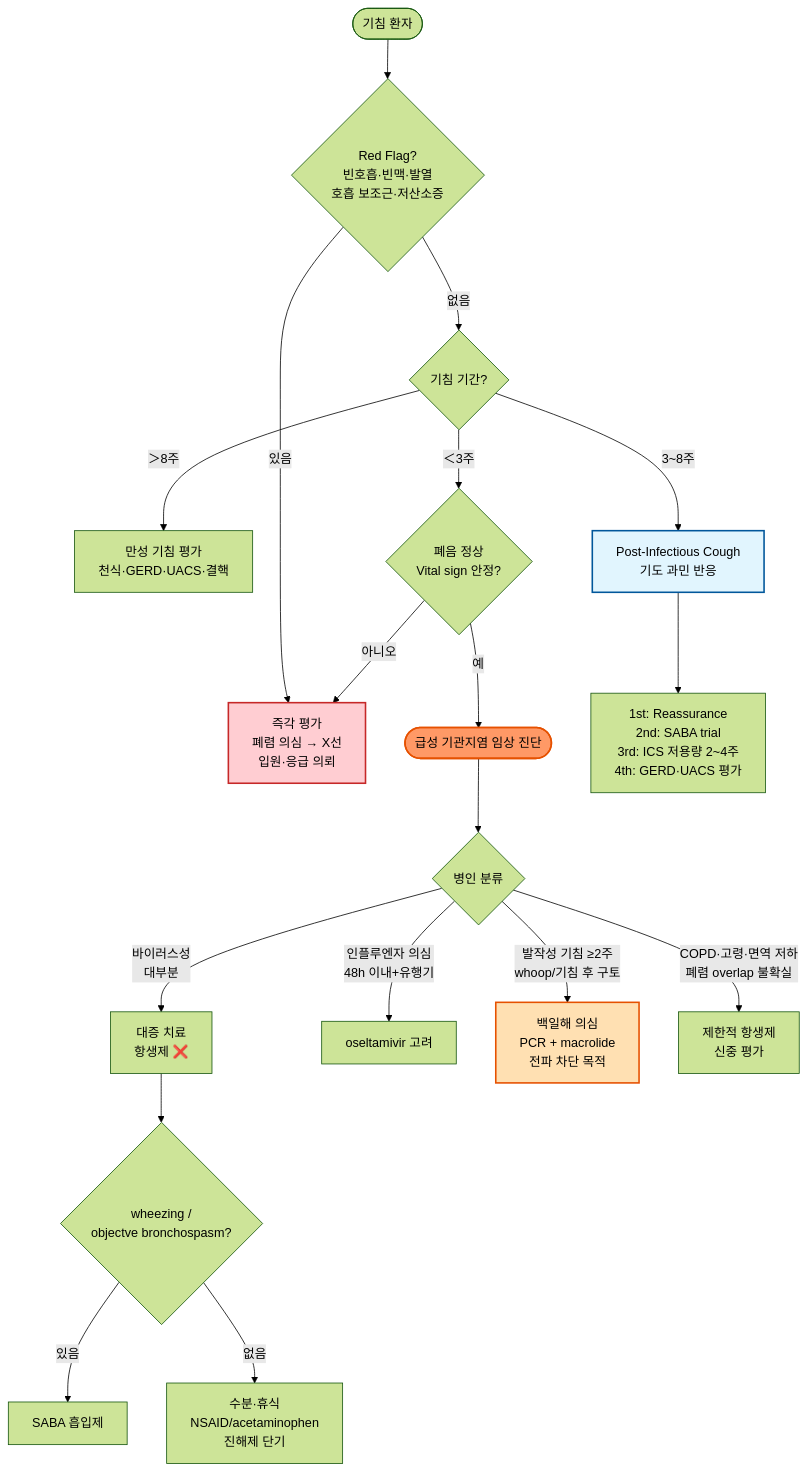
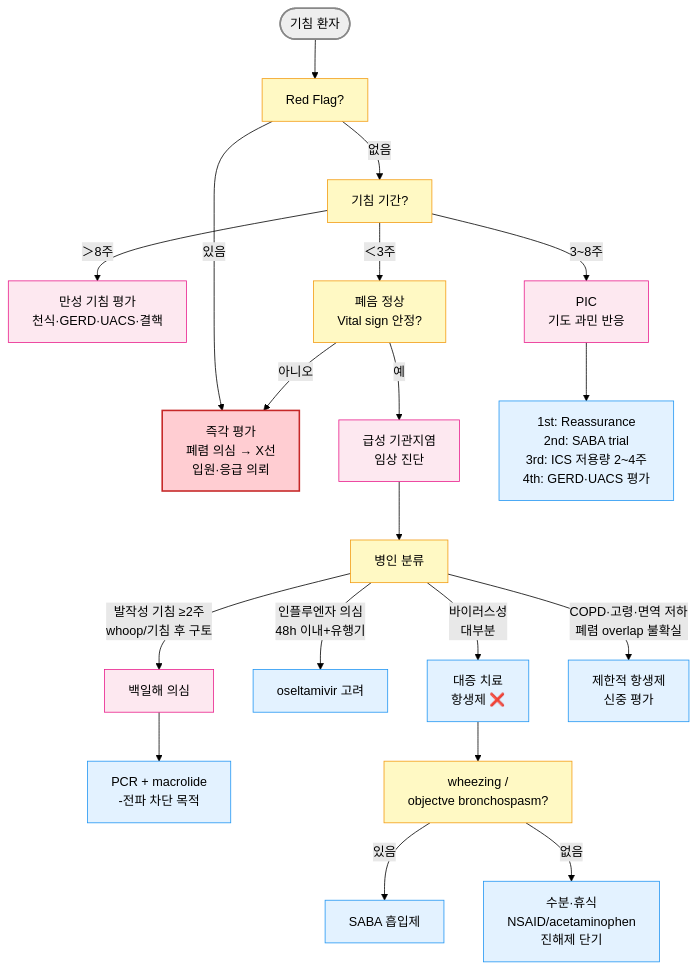
One commit to familyoh77/familyoh77 changed the diagram in 223_/066_-acute-bronchitis.md. Above: the diagram before and after it, drawn with Mermaid (forest theme). The commit also changed other lines of this file, not shown here.

````diff
--- a/223_/066_-acute-bronchitis.md
+++ b/223_/066_-acute-bronchitis.md
@@ -107,25 +106,29 @@
 ```mermaid
 graph TD
-    A([기침 환자]) --> B{Red Flag?<br/>빈호흡·빈맥·발열<br/>호흡 보조근·저산소증}
+    A([기침 환자]) --> B[Red Flag?]
     B -- "있음" --> C[즉각 평가<br/>폐렴 의심 → X선<br/>입원·응급 의뢰]
-    B -- "없음" --> D{기침 기간?}
+    B -- "없음" --> D[기침 기간?]
     D -- "＞8주" --> E[만성 기침 평가<br/>천식·GERD·UACS·결핵]
-    D -- "3~8주" --> PIC[Post-Infectious Cough<br/>기도 과민 반응]
-    D -- "＜3주" --> F{폐음 정상<br/>Vital sign 안정?}
-    F -- "예" --> G([급성 기관지염 임상 진단])
+    D -- "3~8주" --> PIC[PIC<br/>기도 과민 반응]
+    D -- "＜3주" --> F[폐음 정상<br/>Vital sign 안정?]
+    F -- "예" --> G[급성 기관지염 <br/>임상 진단]
     F -- "아니오" --> C
     PIC --> PIC2[1st: Reassurance<br/>2nd: SABA trial<br/>3rd: ICS 저용량 2~4주<br/>4th: GERD·UACS 평가]
-    G --> G1{병인 분류}
+    G --> G1[병인 분류]
     G1 -- "바이러스성<br/>대부분" --> V[대증 치료<br/>항생제 ❌]
     G1 -- "인플루엔자 의심<br/>48h 이내+유행기" --> FLU[oseltamivir 고려]
-    G1 -- "발작성 기침 ≥2주<br/>whoop/기침 후 구토" --> P[백일해 의심<br/>PCR + macrolide<br/>전파 차단 목적]
+    G1 -- "발작성 기침 ≥2주<br/>whoop/기침 후 구토" --> P[백일해 의심]--> P1[PCR + macrolide<br/>-전파 차단 목적]
     G1 -- "COPD·고령·면역 저하<br/>폐렴 overlap 불확실" --> HI[제한적 항생제<br/>신중 평가]
-    V --> SX{wheezing /<br/>objectve bronchospasm?}
+    V --> SX[wheezing /<br/>objectve bronchospasm?]
     SX -- "있음" --> SABA[SABA 흡입제]
     SX -- "없음" --> SUP[수분·휴식<br/>NSAID/acetaminophen<br/>진해제 단기]
+style A fill:#eeeeee,stroke:#888888,stroke-width:2px
+classDef yellow fill:#fff9c4,stroke:#f39c12
+class B,D,F,G1,SX yellow
+classDef pink fill:#fde8f0,stroke:#e91e8c
+class E,G,PIC,P pink
+classDef sky fill:#e3f2ff,stroke:#2196f3
+class PIC2,P1,SABA,SUP,V,FLU,HI sky
+    style C fill:#ffcdd2,stroke:#c62828,stroke-width:2px
 
-    style G fill:#f96,stroke:#e65100,stroke-width:2px
-    style C fill:#ffcdd2,stroke:#c62828,stroke-width:2px
-    style P fill:#ffe0b2,stroke:#e65100,stroke-width:2px
-    style PIC fill:#e1f5fe,stroke:#01579b,stroke-width:2px
 ```
````
